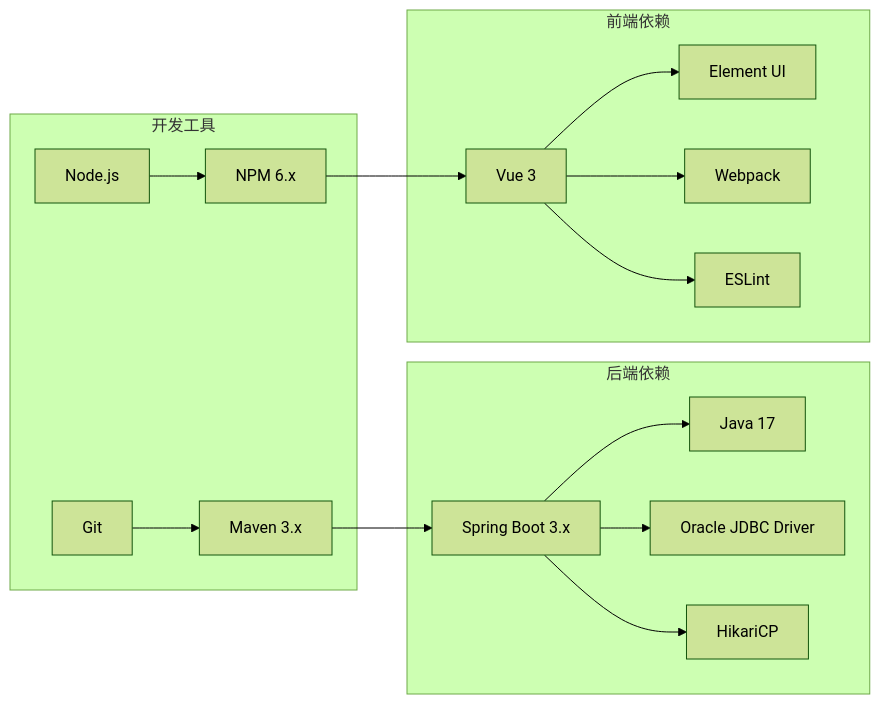
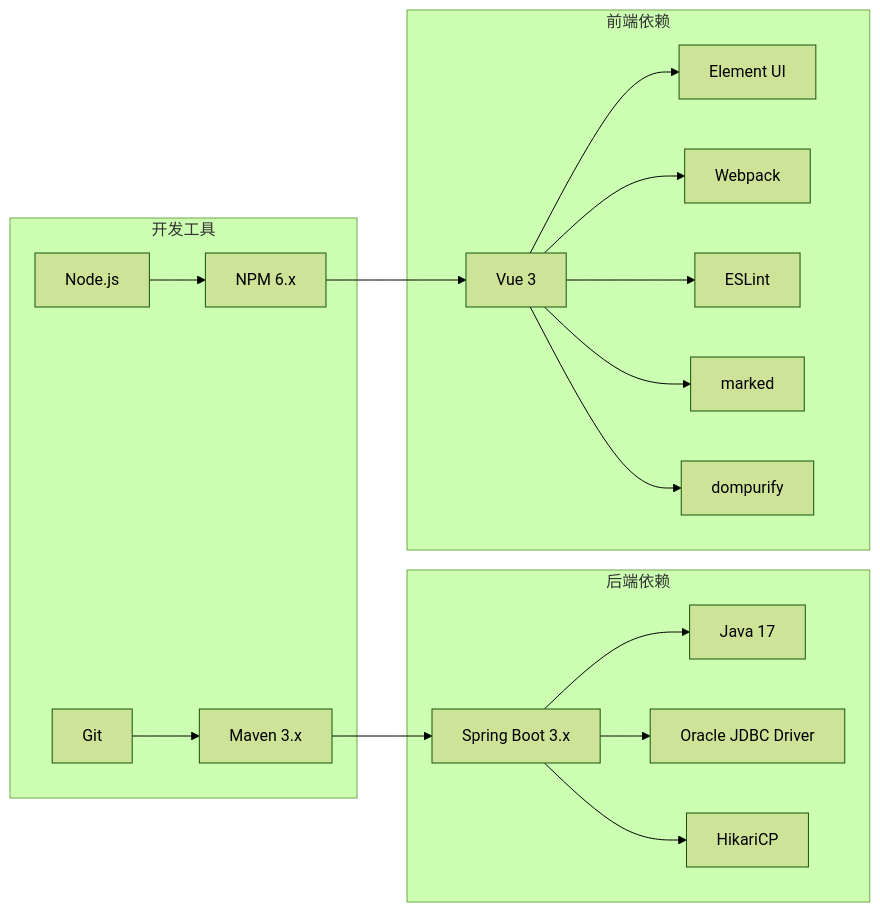
Before and after one commit to liuzh2008/med_ai_assistant_workspace: diagram 18 of 19 in .qoder/repowiki/zh/content/Update Summary/Update Summary.md, drawn with Mermaid (forest theme). The commit also changed other lines of this file and 5 other files, not shown here.

````diff
--- a/.qoder/repowiki/zh/content/Update Summary/Update Summary.md
+++ b/.qoder/repowiki/zh/content/Update Summary/Update Summary.md
@@ -1106,31 +779,35 @@
 ```mermaid
 graph LR
 subgraph "开发工具"
 A[Maven 3.x]
 B[NPM 6.x]
 C[Node.js]
 D[Git]
 end
 subgraph "后端依赖"
 E[Spring Boot 3.x]
 F[Java 17]
 G[Oracle JDBC Driver]
 H[HikariCP]
 end
 subgraph "前端依赖"
 I[Vue 3]
 J[Element UI]
 K[Webpack]
 L[ESLint]
+M[marked]
+N[dompurify]
 end
 A --> E
 B --> I
 C --> B
 D --> A
 E --> F
 E --> G
 E --> H
 I --> J
 I --> K
 I --> L
+I --> M
+I --> N
 ```
````
